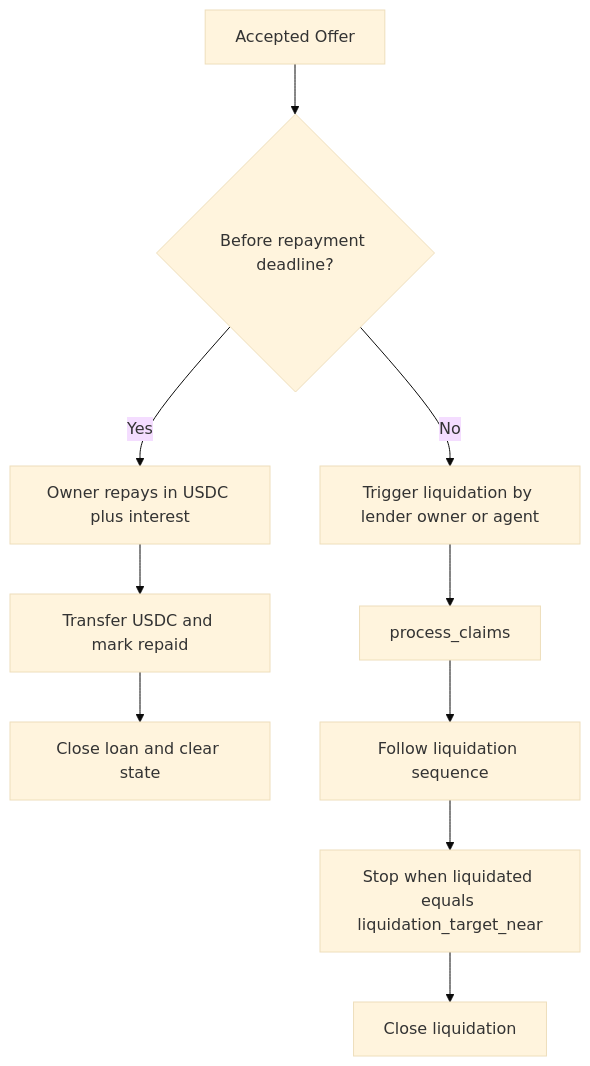
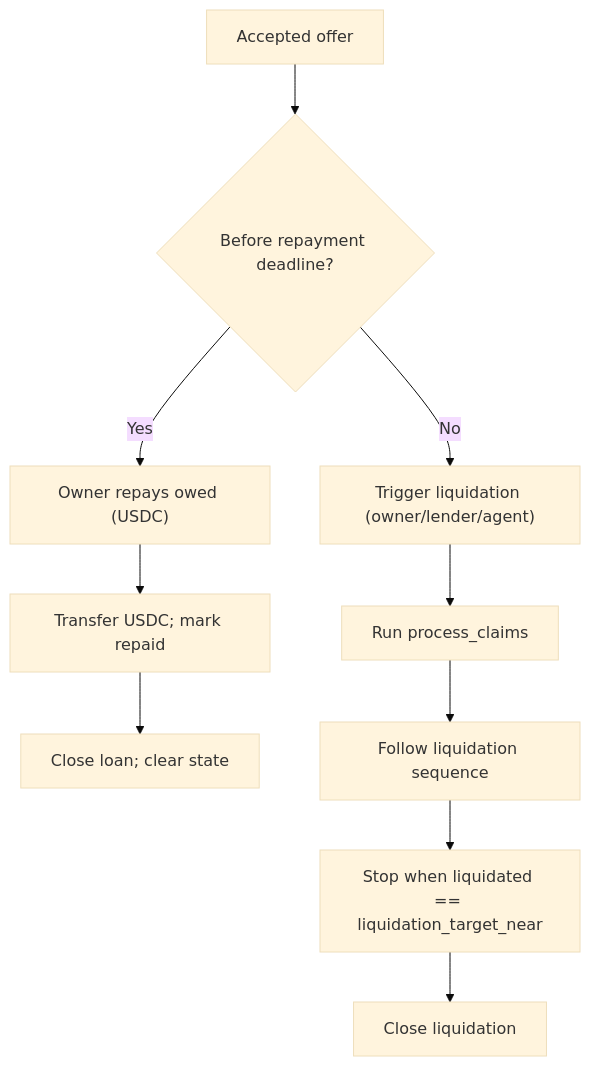
The third of 6 diagrams in PERSONAS_AND_FLOWS.md (sudostake/resources), drawn with Mermaid (base theme) before and after one commit. The commit also changed other lines of this file, not shown here.

First line of the commit message:
Revise and expand personas and flows documentation

````diff
--- a/PERSONAS_AND_FLOWS.md
+++ b/PERSONAS_AND_FLOWS.md
@@ -135,12 +194,12 @@
 ```mermaid
 flowchart TD
-    A[Accepted Offer] --> B{Before repayment deadline?}
-    B -- Yes --> C[Owner repays in USDC plus interest]
-    C --> D[Transfer USDC and mark repaid]
-    D --> E[Close loan and clear state]
-    B -- No --> F[Trigger liquidation by lender owner or agent]
-    F --> G[process_claims]
-    G --> H[Follow liquidation sequence]
-    H --> I[Stop when liquidated equals liquidation_target_near]
-    I --> J[Close liquidation]
+    A["Accepted offer"] --> B{"Before repayment deadline?"}
+    B -- "Yes" --> C["Owner repays owed (USDC)"]
+    C --> D["Transfer USDC; mark repaid"]
+    D --> E["Close loan; clear state"]
+    B -- "No" --> F["Trigger liquidation (owner/lender/agent)"]
+    F --> G["Run process_claims"]
+    G --> H["Follow liquidation sequence"]
+    H --> I["Stop when liquidated == liquidation_target_near"]
+    I --> J["Close liquidation"]
 ```
````
